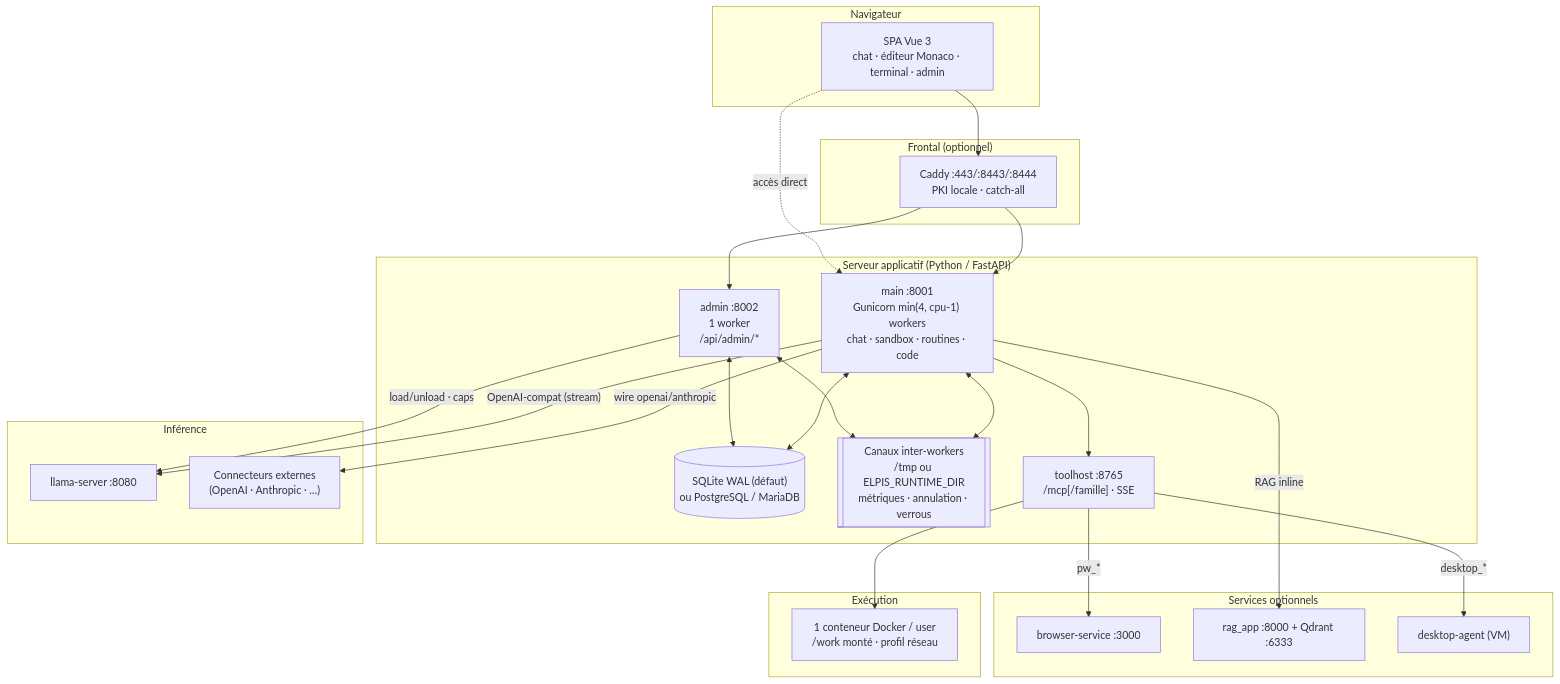
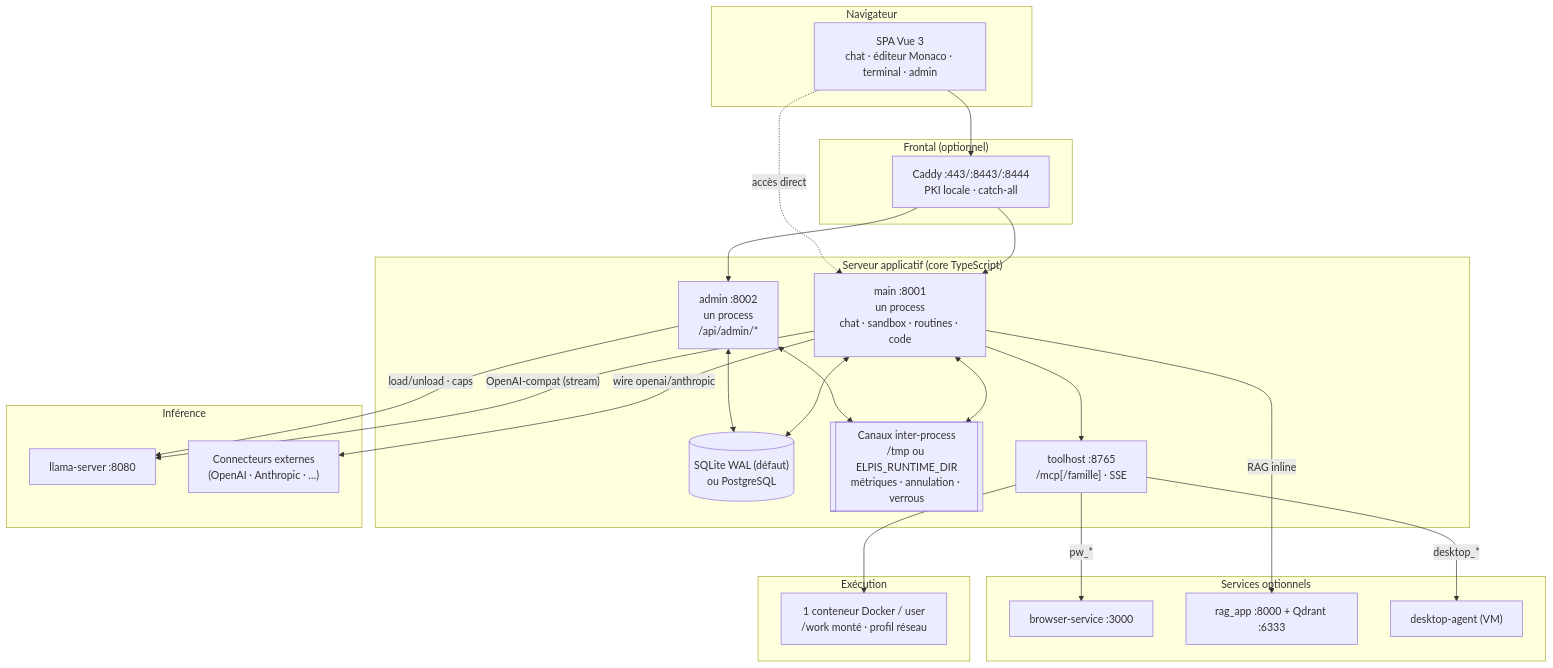
One commit to toto-fou/Elpis changed the first of 16 diagrams in docs/architecture.md. Above: the diagram before and after it, drawn with Mermaid. The commit also changed other lines of this file and 2475 other files, not shown here.

First line of the commit message:
Elpis 0.1.0 : cœur en TypeScript

````diff
--- a/docs/architecture.md
+++ b/docs/architecture.md
@@ -152,47 +156,47 @@
 ```mermaid
 flowchart TB
     subgraph Client["Navigateur"]
         SPA["SPA Vue 3<br/>chat · éditeur Monaco · terminal · admin"]
     end
 
     subgraph Edge["Frontal (optionnel)"]
         Caddy["Caddy :443/:8443/:8444<br/>PKI locale · catch-all"]
     end
 
-    subgraph AppServer["Serveur applicatif (Python / FastAPI)"]
-        Main["main :8001<br/>Gunicorn min(4, cpu-1) workers<br/>chat · sandbox · routines · code"]
-        Admin["admin :8002<br/>1 worker<br/>/api/admin/*"]
-        DB[("SQLite WAL (défaut)<br/>ou PostgreSQL / MariaDB")]
-        Spool[["Canaux inter-workers<br/>/tmp ou ELPIS_RUNTIME_DIR<br/>métriques · annulation · verrous"]]
+    subgraph AppServer["Serveur applicatif (core TypeScript)"]
+        Main["main :8001<br/>un process<br/>chat · sandbox · routines · code"]
+        Admin["admin :8002<br/>un process<br/>/api/admin/*"]
+        DB[("SQLite WAL (défaut)<br/>ou PostgreSQL")]
+        Spool[["Canaux inter-process<br/>/tmp ou ELPIS_RUNTIME_DIR<br/>métriques · annulation · verrous"]]
         MCP["toolhost :8765<br/>/mcp[/famille] · SSE"]
     end
 
     subgraph Exec["Exécution"]
         Docker["1 conteneur Docker / user<br/>/work monté · profil réseau"]
     end
 
     subgraph LLM["Inférence"]
         Llama["llama-server :8080"]
         Ext["Connecteurs externes<br/>(OpenAI · Anthropic · …)"]
     end
 
     subgraph Optional["Services optionnels"]
         Browser["browser-service :3000"]
         RAG["rag_app :8000 + Qdrant :6333"]
         Desk["desktop-agent (VM)"]
     end
 
     SPA --> Caddy --> Main & Admin
     SPA -. "accès direct" .-> Main
     Main <--> DB
     Admin <--> DB
     Main <--> Spool
     Admin <--> Spool
     Main --> MCP --> Docker
     Main -- "OpenAI-compat (stream)" --> Llama
     Main -- "wire openai/anthropic" --> Ext
     Admin -- "load/unload · caps" --> Llama
     MCP -- "pw_*" --> Browser
     MCP -- "desktop_*" --> Desk
     Main -- "RAG inline" --> RAG
 ```
````
